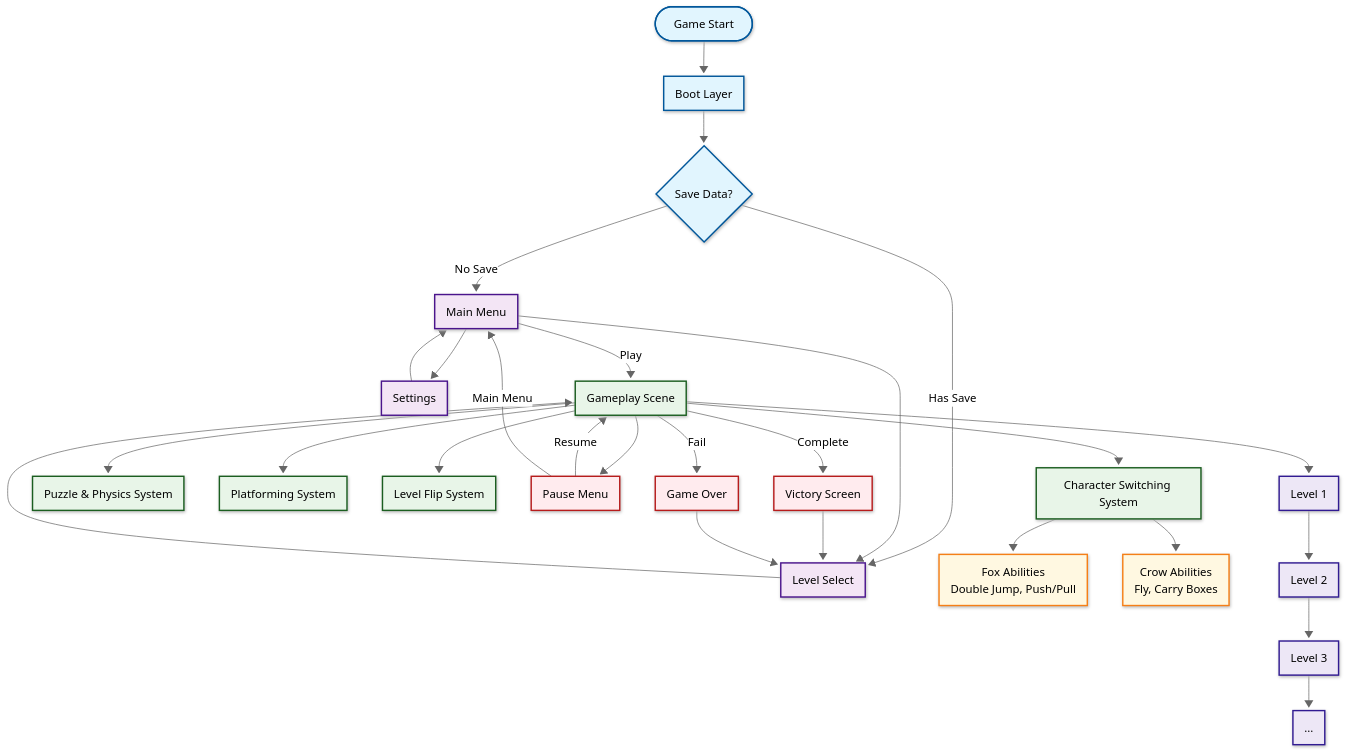
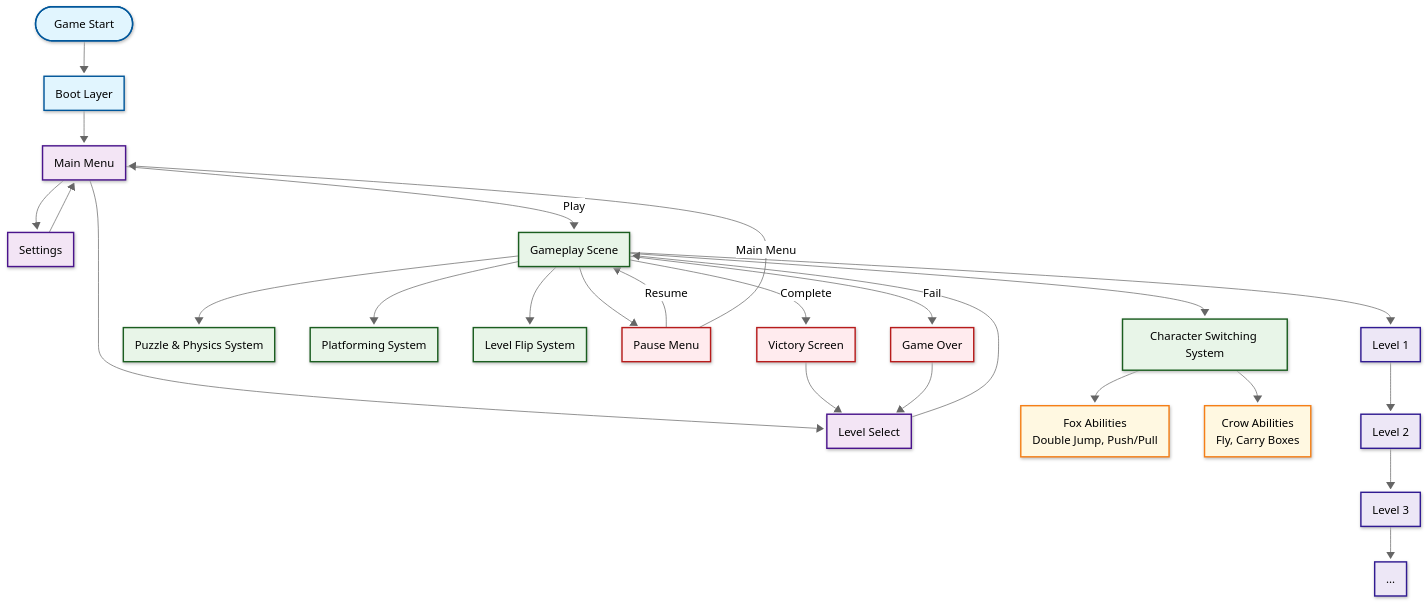
One commit to Justsomeguy241/Out-of-the-box changed the second of 4 diagrams in README.md. Above: the diagram before and after it, drawn with Mermaid.

````diff
--- a/README.md
+++ b/README.md
@@ -48,82 +48,80 @@
 ```mermaid
 ---
 config:
   theme: neutral
   look: neo
 ---
 graph TD
     %% Initialization & Menus
     Start([Game Start])
     Boot[Boot Layer]
-    SaveCheck{Save Data?}
     MM[Main Menu]
     Settings[Settings]
     LevelSelect[Level Select]
 
     %% Gameplay Core
     GP[Gameplay Scene]
     Switch[Character Switching System]
     Puzzle[Puzzle & Physics System]
     Platforming[Platforming System]
     Flip[Level Flip System]
 
     %% Characters
     Fox[Fox Abilities<br/>Double Jump, Push/Pull]
     Crow[Crow Abilities<br/>Fly, Carry Boxes]
 
     %% UI & States
     Pause[Pause Menu]
     Victory[Victory Screen]
     GameOver[Game Over]
 
     %% Level Progression
     Level1[Level 1]
     Level2[Level 2]
     Level3[Level 3]
     MoreLevels[...]
 
     %% Flows
-    Start --> Boot --> SaveCheck
-    SaveCheck -->|No Save| MM
-    SaveCheck -->|Has Save| LevelSelect
+    Start --> Boot --> MM
     MM -->|Play| GP
     MM --> Settings
     MM --> LevelSelect
     Settings --> MM
     LevelSelect --> GP
 
     GP --> Switch
     Switch --> Fox
     Switch --> Crow
     GP --> Puzzle
     GP --> Platforming
     GP --> Flip
 
     GP --> Pause
     Pause -->|Resume| GP
     Pause -->|Main Menu| MM
 
     GP -->|Complete| Victory
     GP -->|Fail| GameOver
     Victory --> LevelSelect
     GameOver --> LevelSelect
 
     GP --> Level1 --> Level2 --> Level3 --> MoreLevels
 
     %% Styles
     classDef initStyle fill:#e1f5fe,stroke:#01579b,stroke-width:2px
     classDef menuStyle fill:#f3e5f5,stroke:#4a148c,stroke-width:2px
     classDef gameplayStyle fill:#e8f5e8,stroke:#1b5e20,stroke-width:2px
     classDef charStyle fill:#fff8e1,stroke:#f57f17,stroke-width:2px
     classDef uiStyle fill:#ffebee,stroke:#b71c1c,stroke-width:2px
     classDef levelStyle fill:#ede7f6,stroke:#311b92,stroke-width:2px
 
-    class Start,Boot,SaveCheck initStyle
+    class Start,Boot initStyle
     class MM,Settings,LevelSelect menuStyle
     class GP,Switch,Puzzle,Platforming,Flip gameplayStyle
     class Fox,Crow charStyle
     class Pause,Victory,GameOver uiStyle
     class Level1,Level2,Level3,MoreLevels levelStyle
 
 
+
 ```
````
